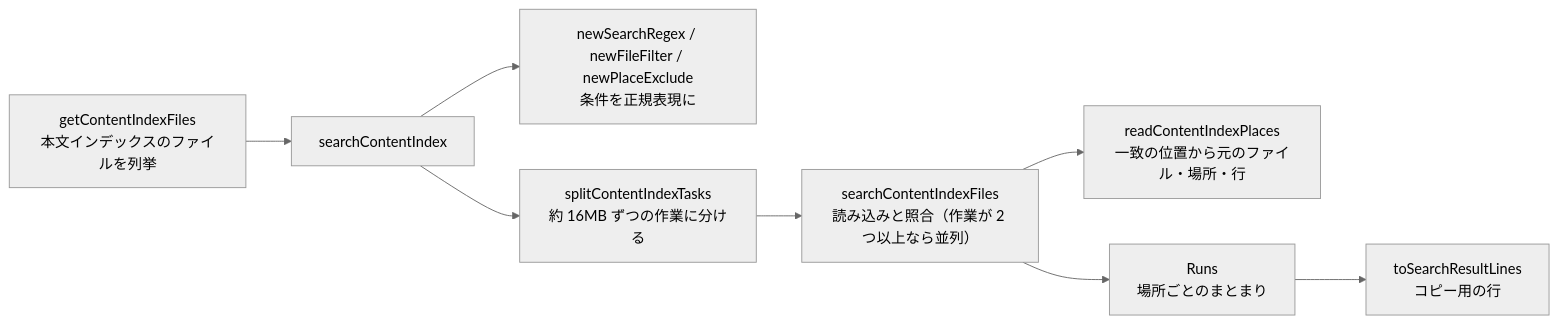
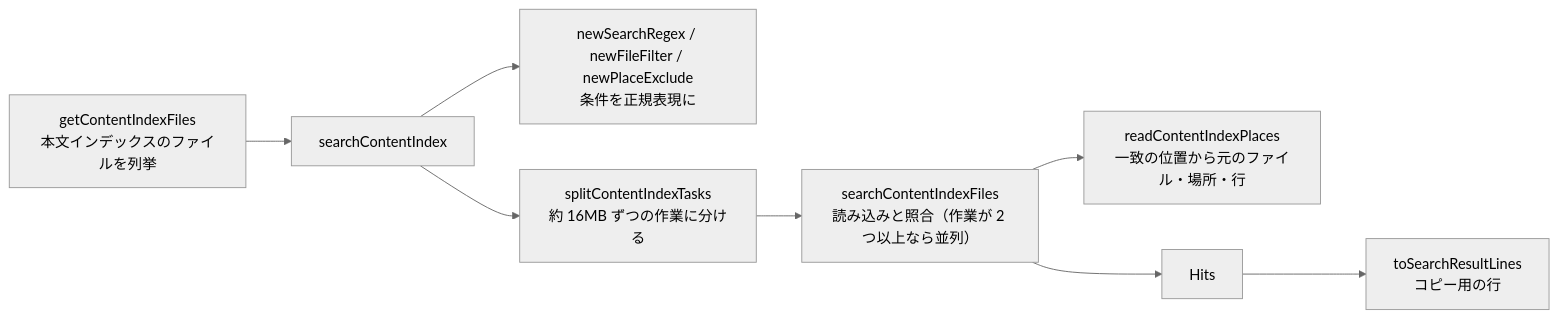
Before and after one commit to hsgwa/tebunko: the diagram in docs/design/reference/search.md, drawn with Mermaid (neutral theme). The commit also changed other lines of this file and 27 other files, not shown here.

````diff
--- a/docs/design/reference/search.md
+++ b/docs/design/reference/search.md
@@ -7,10 +7,10 @@
 ```mermaid
 flowchart LR
     A["getContentIndexFiles<br>本文インデックスのファイルを列挙"] --> B["searchContentIndex"]
     B --> C["newSearchRegex / newFileFilter / newPlaceExclude<br>条件を正規表現に"]
     B --> T["splitContentIndexTasks<br>約 16MB ずつの作業に分ける"]
     T --> E["searchContentIndexFiles<br>読み込みと照合（作業が 2 つ以上なら並列）"]
     E --> P["readContentIndexPlaces<br>一致の位置から元のファイル・場所・行"]
-    E --> F["Runs<br>場所ごとのまとまり"]
+    E --> F["Hits"]
     F --> G["toSearchResultLines<br>コピー用の行"]
 ```
````
